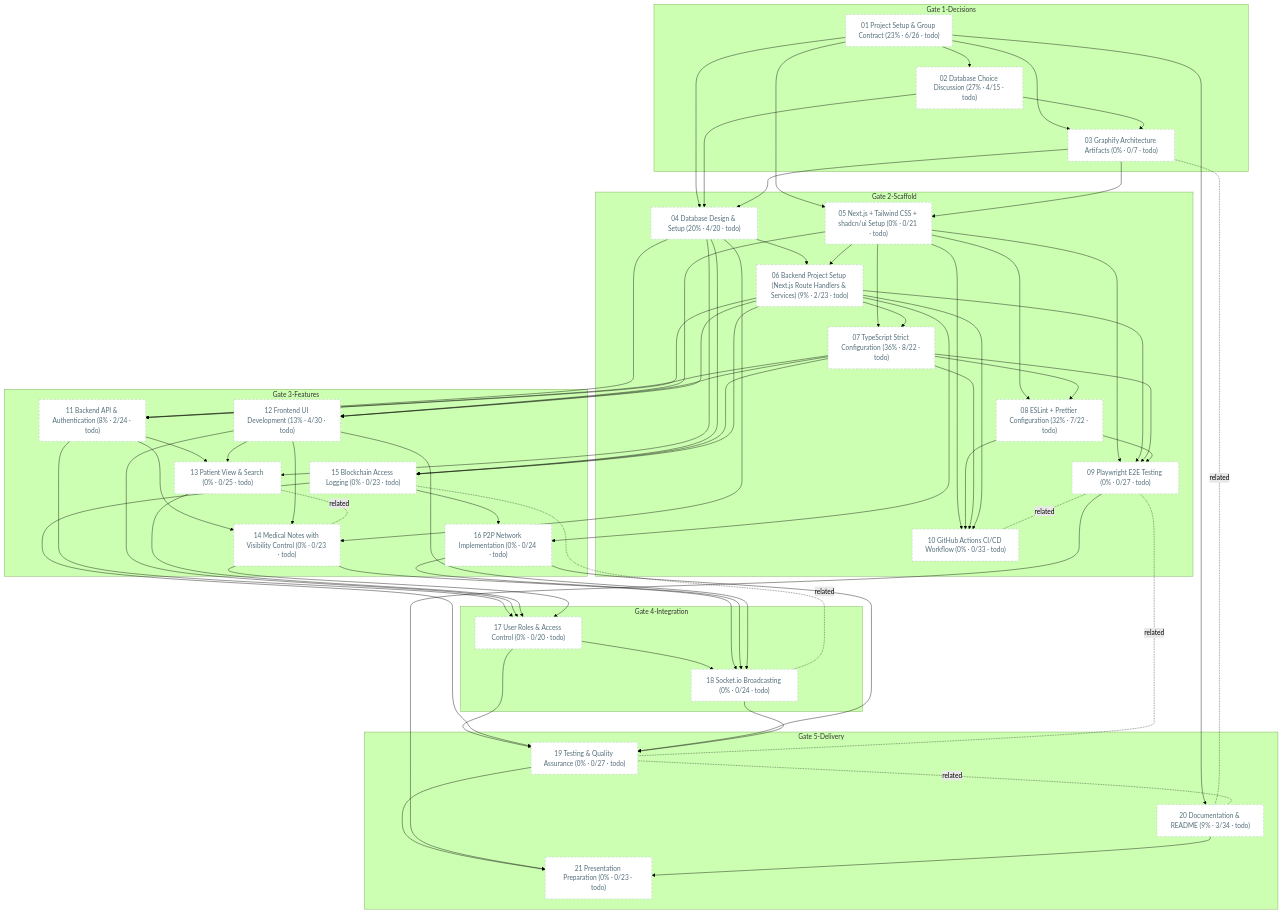
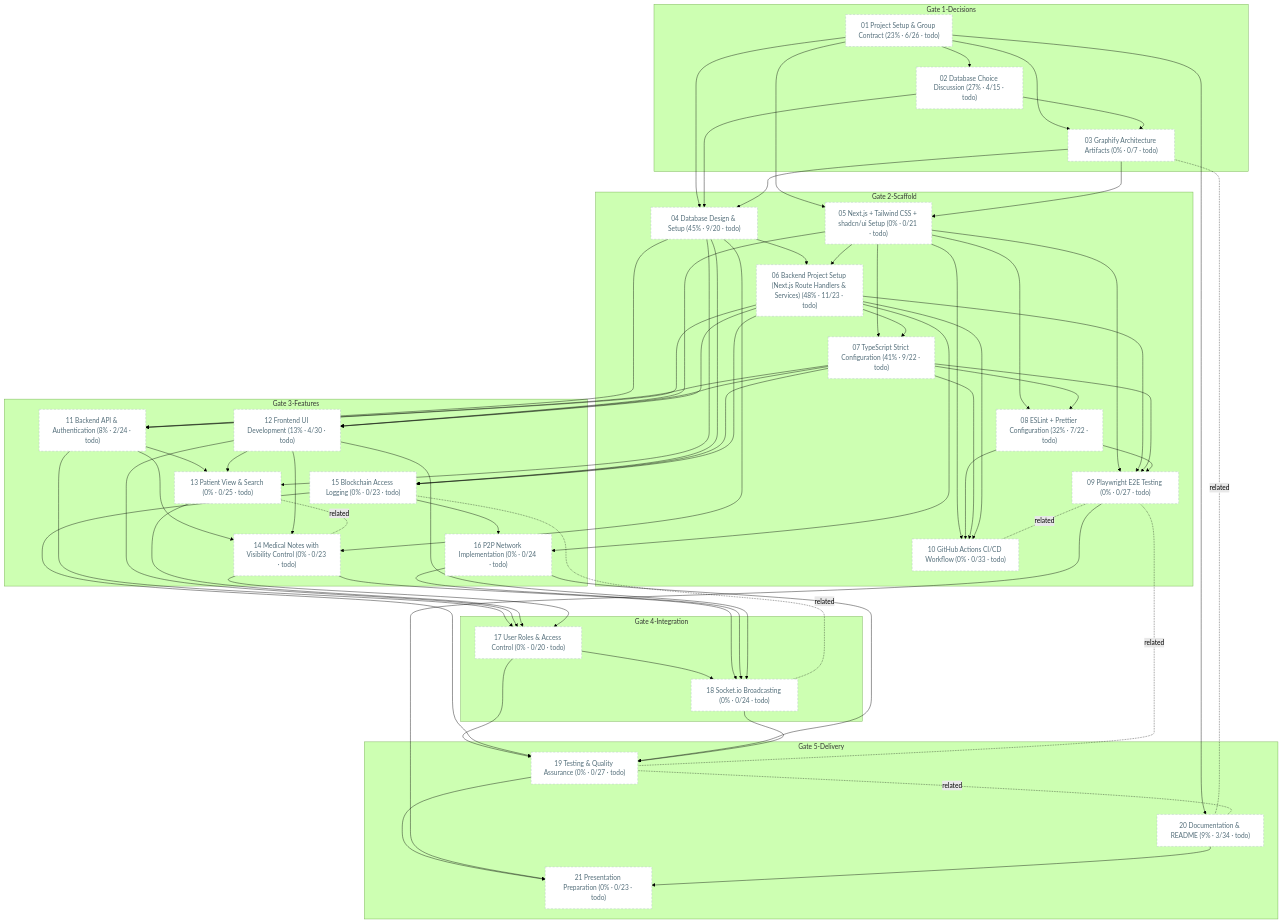
Before and after one commit to matdevstamp/inl-3-awesome-journal: the diagram in docs/diagrams/task-dependencies.md, drawn with Mermaid (forest theme). The commit also changed 26 other files, not shown here.

Commit message:
feat: add prisma data model and next.js backend skeleton

```diff
--- a/docs/diagrams/task-dependencies.md
+++ b/docs/diagrams/task-dependencies.md
@@ -35,10 +35,10 @@
     T03["03 Graphify Architecture Artifacts (0% · 0/7 · todo)"]
     end
     subgraph scaffold["Gate 2-Scaffold"]
-    T04["04 Database Design & Setup (20% · 4/20 · todo)"]
+    T04["04 Database Design & Setup (45% · 9/20 · todo)"]
     T05["05 Next.js + Tailwind CSS + shadcn/ui Setup (0% · 0/21 · todo)"]
-    T06["06 Backend Project Setup (Next.js Route Handlers & Services) (9% · 2/23 · todo)"]
-    T07["07 TypeScript Strict Configuration (36% · 8/22 · todo)"]
+    T06["06 Backend Project Setup (Next.js Route Handlers & Services) (48% · 11/23 · todo)"]
+    T07["07 TypeScript Strict Configuration (41% · 9/22 · todo)"]
     T08["08 ESLint + Prettier Configuration (32% · 7/22 · todo)"]
     T09["09 Playwright E2E Testing (0% · 0/27 · todo)"]
     T10["10 GitHub Actions CI/CD Workflow (0% · 0/33 · todo)"]
```
